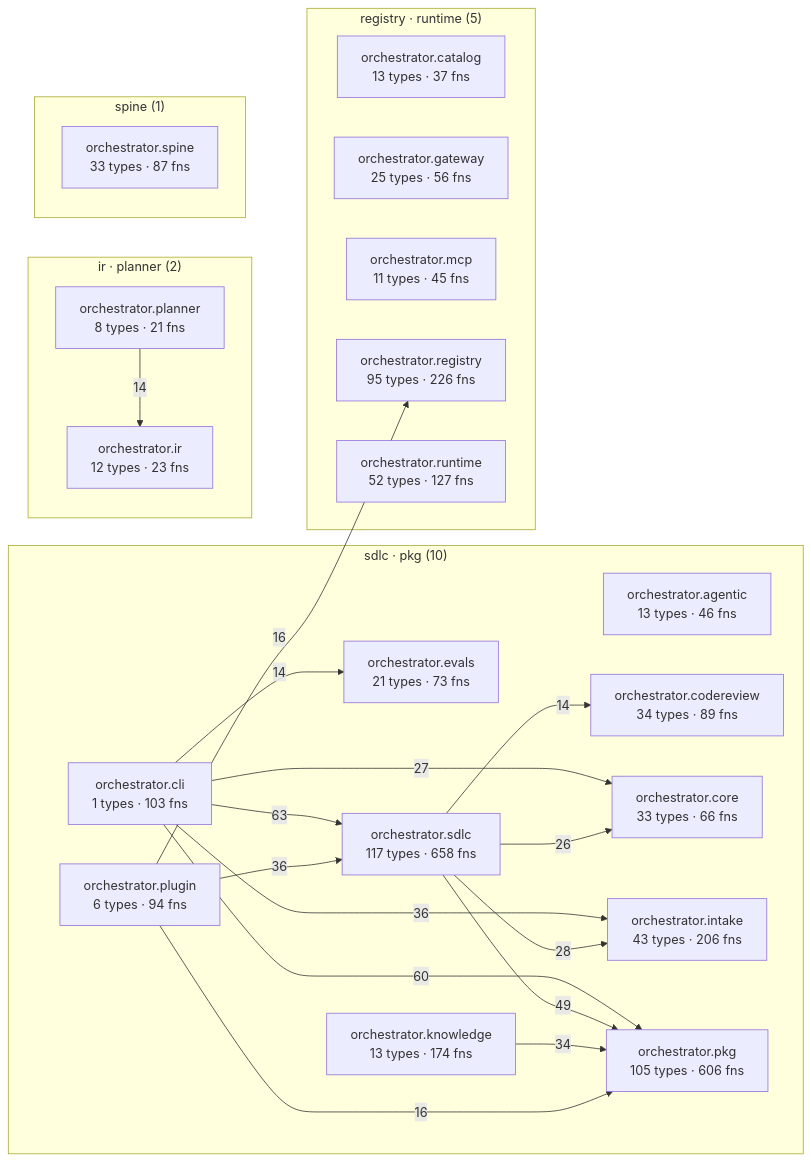
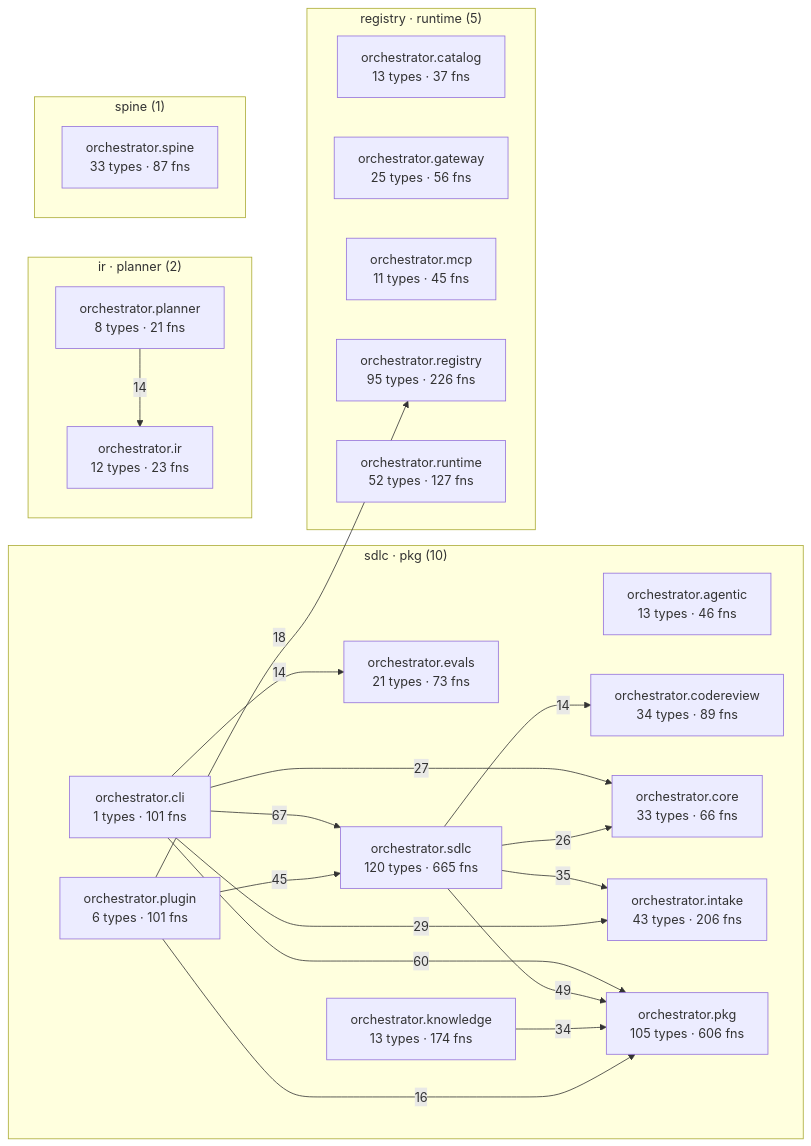
Before and after one commit to synaptixs/spine: the diagram in episteme/architecture.md, drawn with Mermaid. The commit also changed other lines of this file and 26 other files, not shown here.

````diff
--- a/episteme/architecture.md
+++ b/episteme/architecture.md
@@ -54,43 +54,43 @@
 ```mermaid
 flowchart LR
   subgraph c_2["sdlc · pkg (10)"]
     aorchestratoragentic["orchestrator.agentic<br/>13 types · 46 fns"]
-    aorchestratorcli["orchestrator.cli<br/>1 types · 103 fns"]
+    aorchestratorcli["orchestrator.cli<br/>1 types · 101 fns"]
     aorchestratorcodereview["orchestrator.codereview<br/>34 types · 89 fns"]
     aorchestratorcore["orchestrator.core<br/>33 types · 66 fns"]
     aorchestratorevals["orchestrator.evals<br/>21 types · 73 fns"]
     aorchestratorintake["orchestrator.intake<br/>43 types · 206 fns"]
     aorchestratorknowledge["orchestrator.knowledge<br/>13 types · 174 fns"]
     aorchestratorpkg["orchestrator.pkg<br/>105 types · 606 fns"]
-    aorchestratorplugin["orchestrator.plugin<br/>6 types · 94 fns"]
-    aorchestratorsdlc["orchestrator.sdlc<br/>117 types · 658 fns"]
+    aorchestratorplugin["orchestrator.plugin<br/>6 types · 101 fns"]
+    aorchestratorsdlc["orchestrator.sdlc<br/>120 types · 665 fns"]
   end
   subgraph c_4["registry · runtime (5)"]
     aorchestratorcatalog["orchestrator.catalog<br/>13 types · 37 fns"]
     aorchestratorgateway["orchestrator.gateway<br/>25 types · 56 fns"]
     aorchestratormcp["orchestrator.mcp<br/>11 types · 45 fns"]
     aorchestratorregistry["orchestrator.registry<br/>95 types · 226 fns"]
     aorchestratorruntime["orchestrator.runtime<br/>52 types · 127 fns"]
   end
   subgraph c_7["ir · planner (2)"]
     aorchestratorir["orchestrator.ir<br/>12 types · 23 fns"]
     aorchestratorplanner["orchestrator.planner<br/>8 types · 21 fns"]
   end
   subgraph c_12["spine (1)"]
     aorchestratorspine["orchestrator.spine<br/>33 types · 87 fns"]
   end
-  aorchestratorcli -->|63| aorchestratorsdlc
+  aorchestratorcli -->|67| aorchestratorsdlc
   aorchestratorcli -->|60| aorchestratorpkg
   aorchestratorsdlc -->|49| aorchestratorpkg
-  aorchestratorcli -->|36| aorchestratorintake
-  aorchestratorplugin -->|36| aorchestratorsdlc
+  aorchestratorplugin -->|45| aorchestratorsdlc
+  aorchestratorsdlc -->|35| aorchestratorintake
   aorchestratorknowledge -->|34| aorchestratorpkg
-  aorchestratorsdlc -->|28| aorchestratorintake
+  aorchestratorcli -->|29| aorchestratorintake
   aorchestratorcli -->|27| aorchestratorcore
   aorchestratorsdlc -->|26| aorchestratorcore
-  aorchestratorplugin -->|16| aorchestratorregistry
+  aorchestratorplugin -->|18| aorchestratorregistry
   aorchestratorplugin -->|16| aorchestratorpkg
   aorchestratorcli -->|14| aorchestratorevals
   aorchestratorplanner -->|14| aorchestratorir
   aorchestratorsdlc -->|14| aorchestratorcodereview
 ```
````
